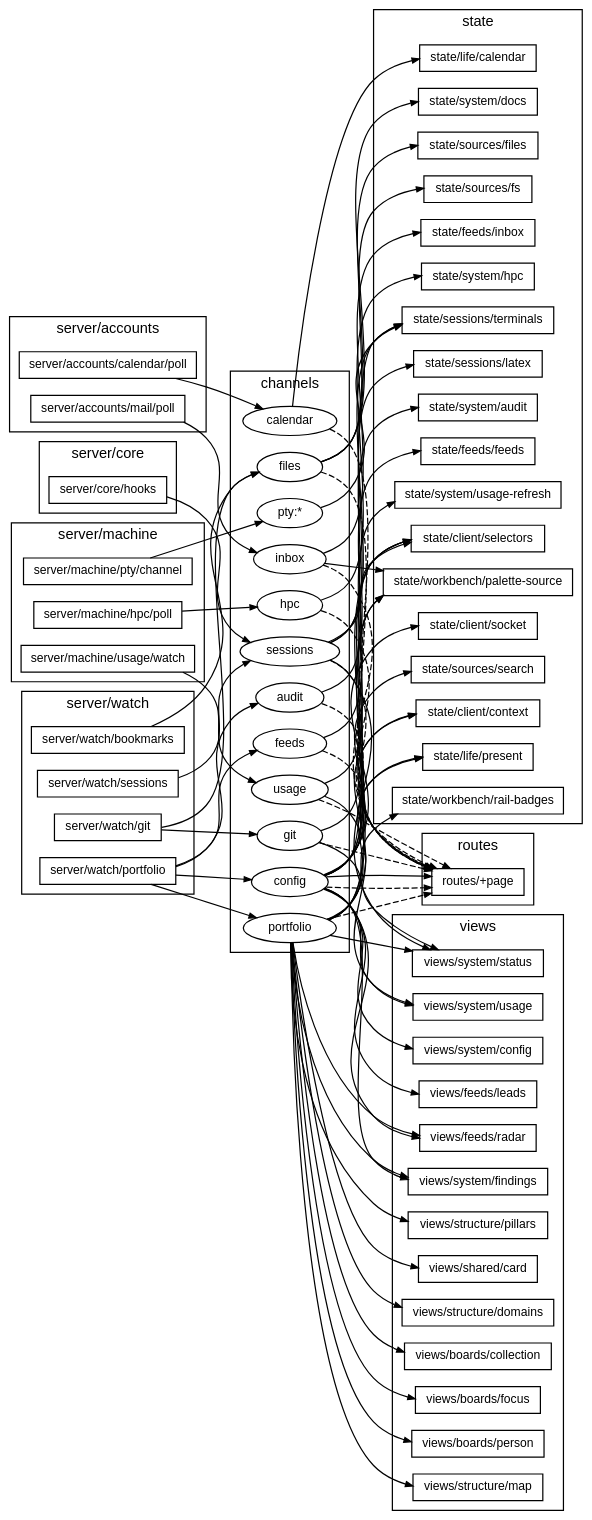
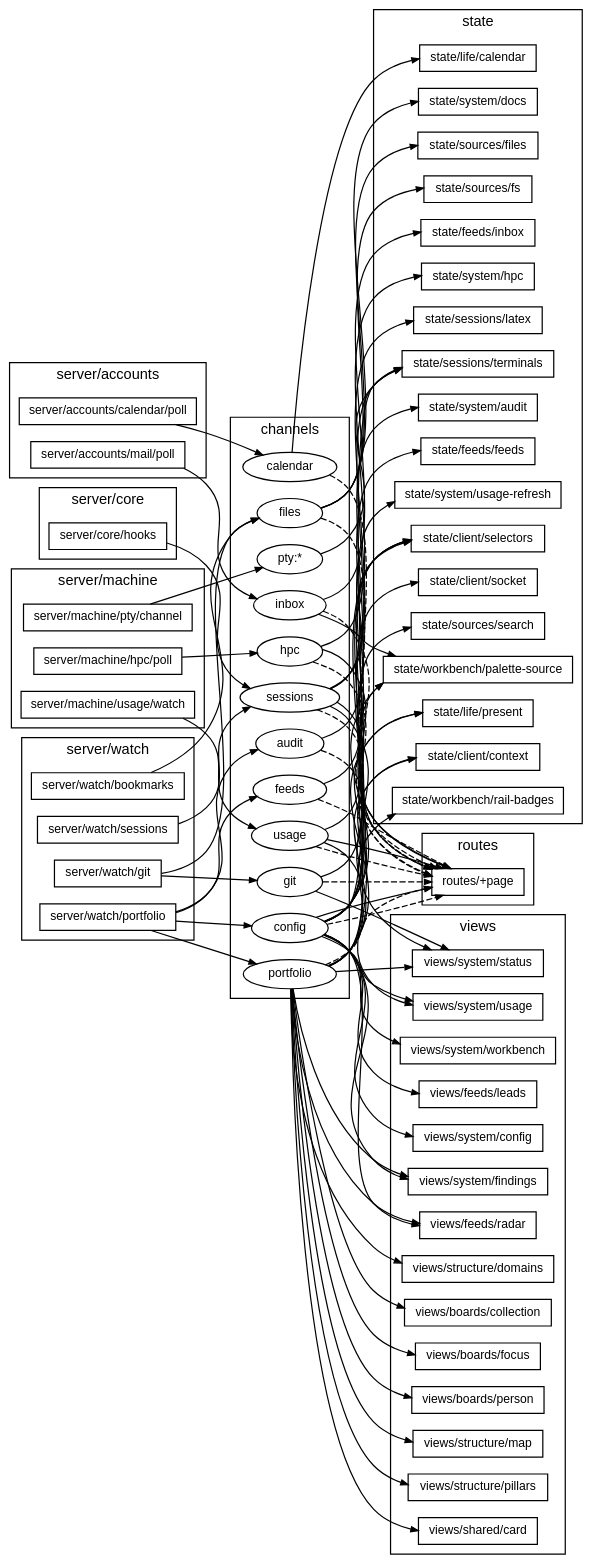
One commit to TheAxeC/oculus changed the diagram in docs/diagrams/channels.dot. Above: the diagram before and after it, drawn with Graphviz. The commit also changed 181 other files, not shown here.

```diff
--- a/docs/diagrams/channels.dot
+++ b/docs/diagrams/channels.dot
@@ -1,154 +1,159 @@
 digraph channels {
     graph [bgcolor="transparent", rankdir=LR, fontname="Helvetica,Arial,sans-serif", fontsize=12, nodesep=0.2, ranksep=0.5];
     node [shape=box, color="black", fontcolor="black", fontname="Helvetica,Arial,sans-serif", fontsize=10, height=0.3, margin="0.12,0.04"];
     edge [color="black", fontcolor="black", fontname="Helvetica,Arial,sans-serif", fontsize=8, arrowsize=0.6];
     subgraph "cluster_publish server/accounts" {
         label="server/accounts"; style=solid;
         "server/accounts/calendar/poll";
         "server/accounts/mail/poll";
     }
     subgraph "cluster_publish server/core" {
         label="server/core"; style=solid;
         "server/core/hooks";
     }
     subgraph "cluster_publish server/machine" {
         label="server/machine"; style=solid;
         "server/machine/hpc/poll";
         "server/machine/pty/channel";
         "server/machine/usage/watch";
     }
     subgraph "cluster_publish server/watch" {
         label="server/watch"; style=solid;
         "server/watch/bookmarks";
         "server/watch/git";
         "server/watch/portfolio";
         "server/watch/sessions";
     }
     subgraph "cluster_channels" {
         label="channels"; style=solid;
         "ch audit" [label="audit", shape=ellipse];
         "ch calendar" [label="calendar", shape=ellipse];
         "ch config" [label="config", shape=ellipse];
         "ch feeds" [label="feeds", shape=ellipse];
         "ch files" [label="files", shape=ellipse];
         "ch git" [label="git", shape=ellipse];
         "ch hpc" [label="hpc", shape=ellipse];
         "ch inbox" [label="inbox", shape=ellipse];
         "ch portfolio" [label="portfolio", shape=ellipse];
         "ch pty:*" [label="pty:*", shape=ellipse];
         "ch sessions" [label="sessions", shape=ellipse];
         "ch usage" [label="usage", shape=ellipse];
     }
     subgraph "cluster_read state" {
         label="state"; style=solid;
         "state/client/context";
         "state/client/selectors";
         "state/client/socket";
         "state/feeds/feeds";
         "state/feeds/inbox";
         "state/life/calendar";
         "state/life/present";
         "state/sessions/latex";
         "state/sessions/terminals";
         "state/sources/files";
         "state/sources/fs";
         "state/sources/search";
         "state/system/audit";
         "state/system/docs";
         "state/system/hpc";
         "state/system/usage-refresh";
         "state/workbench/palette-source";
         "state/workbench/rail-badges";
     }
     subgraph "cluster_read views" {
         label="views"; style=solid;
         "views/boards/collection";
         "views/boards/focus";
         "views/boards/person";
         "views/feeds/leads";
         "views/feeds/radar";
         "views/shared/card";
         "views/structure/domains";
         "views/structure/map";
         "views/structure/pillars";
         "views/system/config";
         "views/system/findings";
         "views/system/status";
         "views/system/usage";
+        "views/system/workbench";
     }
     subgraph "cluster_read routes" {
         label="routes"; style=solid;
         "routes/+page";
     }
     "ch audit" -> "routes/+page" [style=dashed];
     "ch audit" -> "state/system/audit";
     "ch calendar" -> "routes/+page" [style=dashed];
     "ch calendar" -> "state/life/calendar";
     "ch config" -> "routes/+page" [style=dashed];
     "ch config" -> "routes/+page";
     "ch config" -> "state/client/context";
     "ch config" -> "state/client/selectors";
     "ch config" -> "state/client/socket";
     "ch config" -> "state/life/present";
     "ch config" -> "state/sessions/terminals";
     "ch config" -> "state/sources/search";
     "ch config" -> "state/workbench/palette-source";
     "ch config" -> "views/feeds/leads";
     "ch config" -> "views/feeds/radar";
     "ch config" -> "views/system/config";
     "ch config" -> "views/system/findings";
     "ch config" -> "views/system/usage";
+    "ch config" -> "views/system/workbench";
     "ch feeds" -> "routes/+page" [style=dashed];
     "ch feeds" -> "state/feeds/feeds";
     "ch files" -> "routes/+page" [style=dashed];
     "ch files" -> "state/sources/files";
     "ch files" -> "state/sources/fs";
     "ch files" -> "state/system/docs";
     "ch git" -> "routes/+page" [style=dashed];
     "ch git" -> "state/client/selectors";
     "ch git" -> "views/system/status";
     "ch hpc" -> "routes/+page" [style=dashed];
+    "ch hpc" -> "routes/+page";
     "ch hpc" -> "state/system/hpc";
     "ch inbox" -> "routes/+page" [style=dashed];
     "ch inbox" -> "state/feeds/inbox";
     "ch inbox" -> "state/workbench/palette-source";
     "ch portfolio" -> "routes/+page" [style=dashed];
     "ch portfolio" -> "state/client/context";
     "ch portfolio" -> "state/client/selectors";
     "ch portfolio" -> "state/life/present";
     "ch portfolio" -> "state/workbench/palette-source";
     "ch portfolio" -> "state/workbench/rail-badges";
     "ch portfolio" -> "views/boards/collection";
     "ch portfolio" -> "views/boards/focus";
     "ch portfolio" -> "views/boards/person";
     "ch portfolio" -> "views/feeds/radar";
     "ch portfolio" -> "views/shared/card";
     "ch portfolio" -> "views/structure/domains";
     "ch portfolio" -> "views/structure/map";
     "ch portfolio" -> "views/structure/pillars";
     "ch portfolio" -> "views/system/findings";
     "ch portfolio" -> "views/system/status";
     "ch pty:*" -> "state/sessions/terminals";
     "ch sessions" -> "routes/+page" [style=dashed];
+    "ch sessions" -> "routes/+page";
     "ch sessions" -> "state/client/selectors";
     "ch sessions" -> "state/sessions/latex";
     "ch sessions" -> "state/sessions/terminals";
     "ch sessions" -> "views/system/status";
     "ch usage" -> "routes/+page" [style=dashed];
+    "ch usage" -> "routes/+page";
     "ch usage" -> "state/system/usage-refresh";
     "ch usage" -> "views/system/usage";
     "server/accounts/calendar/poll" -> "ch calendar";
     "server/accounts/mail/poll" -> "ch inbox";
     "server/core/hooks" -> "ch sessions";
     "server/machine/hpc/poll" -> "ch hpc";
     "server/machine/pty/channel" -> "ch pty:*";
     "server/machine/usage/watch" -> "ch usage";
     "server/watch/bookmarks" -> "ch files";
     "server/watch/git" -> "ch files";
     "server/watch/git" -> "ch git";
     "server/watch/portfolio" -> "ch audit";
     "server/watch/portfolio" -> "ch config";
     "server/watch/portfolio" -> "ch feeds";
     "server/watch/portfolio" -> "ch portfolio";
     "server/watch/sessions" -> "ch sessions";
 }
```
